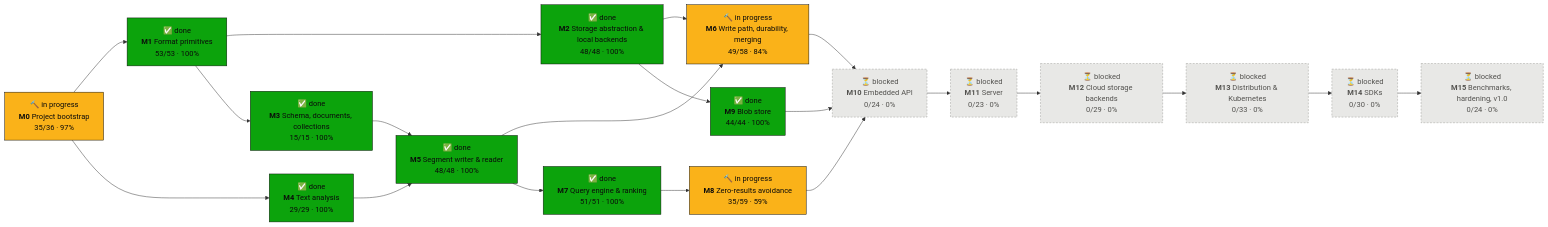
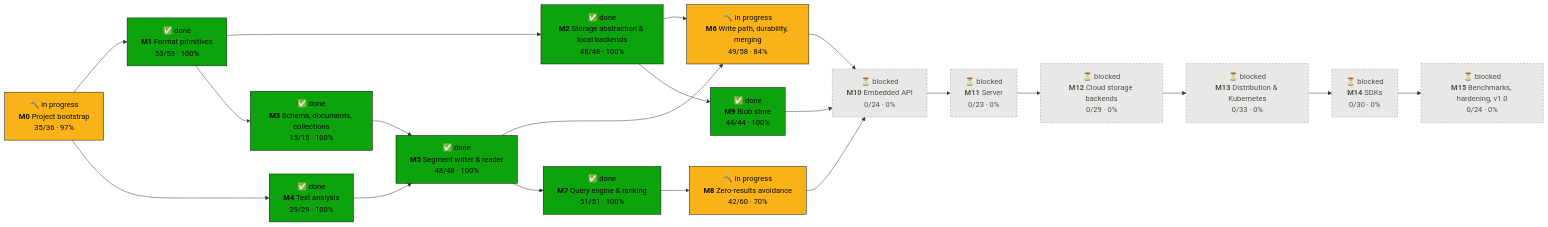
One commit to tomiok/persiaDB changed the first of 2 diagrams in PROGRESS.md. Above: the diagram before and after it, drawn with Mermaid. The commit also changed other lines of this file and 3 other files, not shown here.

````diff
--- a/PROGRESS.md
+++ b/PROGRESS.md
@@ -16,42 +16,42 @@
 ```mermaid
 flowchart LR
   M0["🔨 in progress<br/><b>M0</b> Project bootstrap<br/>35/36 · 97%"]:::doing
   M1["✅ done<br/><b>M1</b> Format primitives<br/>53/53 · 100%"]:::done
   M2["✅ done<br/><b>M2</b> Storage abstraction & local backends<br/>48/48 · 100%"]:::done
   M3["✅ done<br/><b>M3</b> Schema, documents, collections<br/>15/15 · 100%"]:::done
   M4["✅ done<br/><b>M4</b> Text analysis<br/>29/29 · 100%"]:::done
   M5["✅ done<br/><b>M5</b> Segment writer & reader<br/>48/48 · 100%"]:::done
   M6["🔨 in progress<br/><b>M6</b> Write path, durability, merging<br/>49/58 · 84%"]:::doing
   M7["✅ done<br/><b>M7</b> Query engine & ranking<br/>51/51 · 100%"]:::done
-  M8["🔨 in progress<br/><b>M8</b> Zero-results avoidance<br/>35/59 · 59%"]:::doing
+  M8["🔨 in progress<br/><b>M8</b> Zero-results avoidance<br/>42/60 · 70%"]:::doing
   M9["✅ done<br/><b>M9</b> Blob store<br/>44/44 · 100%"]:::done
   M10["⏳ blocked<br/><b>M10</b> Embedded API<br/>0/24 · 0%"]:::blocked
   M11["⏳ blocked<br/><b>M11</b> Server<br/>0/23 · 0%"]:::blocked
   M12["⏳ blocked<br/><b>M12</b> Cloud storage backends<br/>0/29 · 0%"]:::blocked
   M13["⏳ blocked<br/><b>M13</b> Distribution & Kubernetes<br/>0/33 · 0%"]:::blocked
   M14["⏳ blocked<br/><b>M14</b> SDKs<br/>0/30 · 0%"]:::blocked
   M15["⏳ blocked<br/><b>M15</b> Benchmarks, hardening, v1.0<br/>0/24 · 0%"]:::blocked
   M0 --> M1
   M1 --> M2
   M1 --> M3
   M0 --> M4
   M3 --> M5
   M4 --> M5
   M2 --> M6
   M5 --> M6
   M5 --> M7
   M7 --> M8
   M2 --> M9
   M6 --> M10
   M8 --> M10
   M9 --> M10
   M10 --> M11
   M11 --> M12
   M12 --> M13
   M13 --> M14
   M14 --> M15
   classDef done fill:#0ca30c,stroke:#0b0b0b,color:#0b0b0b
   classDef doing fill:#fab219,stroke:#0b0b0b,color:#0b0b0b
   classDef ready fill:#fcfcfb,stroke:#0b0b0b,stroke-width:2px,color:#0b0b0b
   classDef blocked fill:#e8e8e6,stroke:#9a9a96,stroke-dasharray:4 3,color:#52514e
 ```
````
